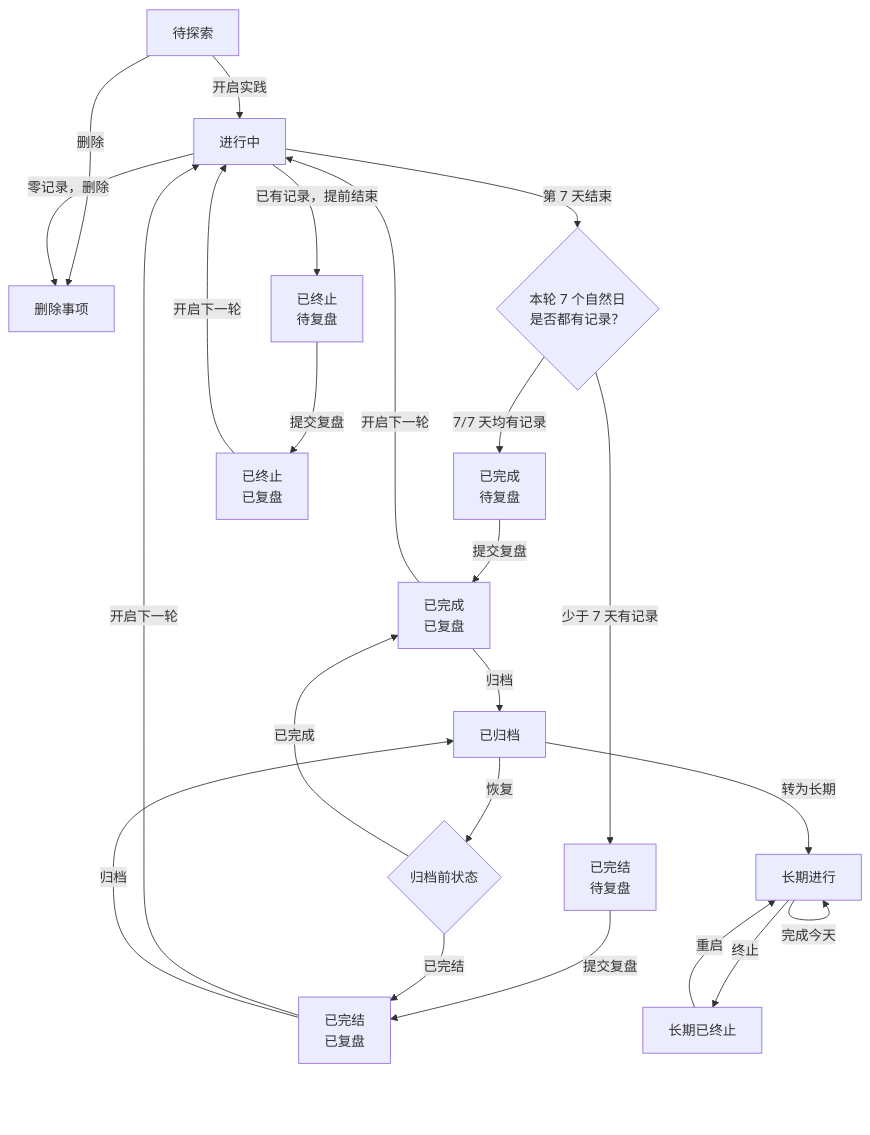
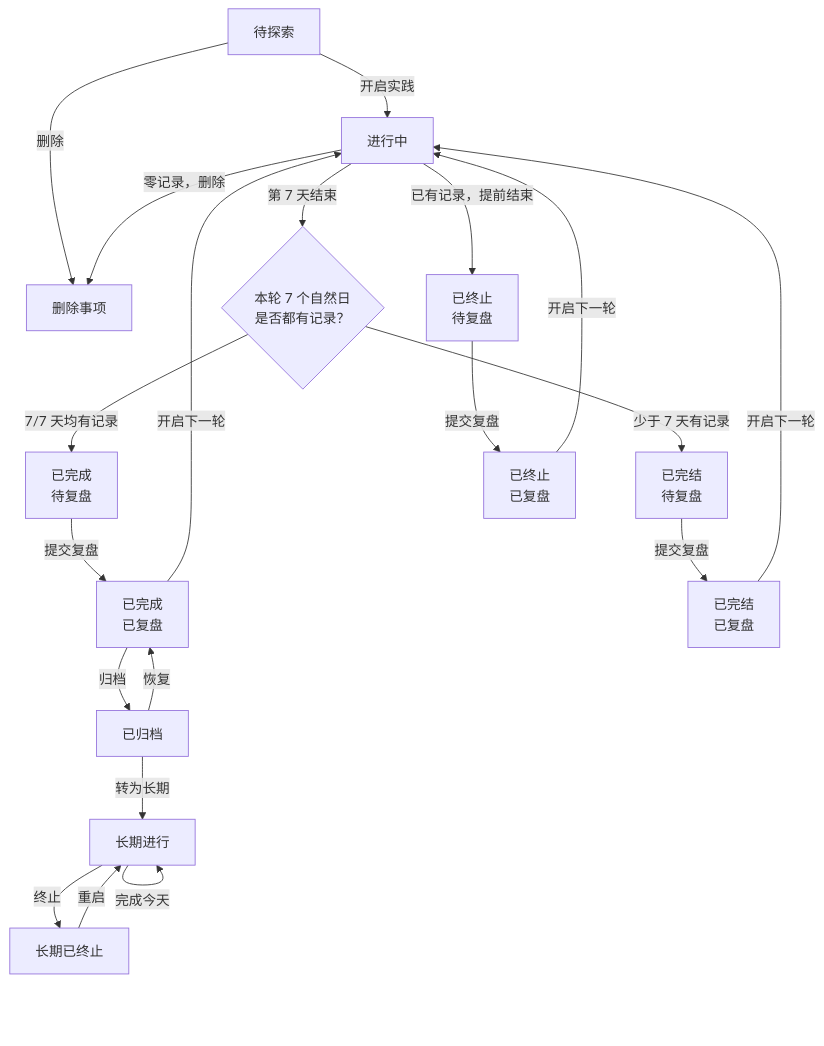
Before and after one commit to yulixia/life-lab: the diagram in docs/item-status-flow.md, drawn with Mermaid. The commit also changed other lines of this file and 21 other files, not shown here.

````diff
--- a/docs/item-status-flow.md
+++ b/docs/item-status-flow.md
@@ -5,46 +5,42 @@
 ```mermaid
 flowchart TD
   exploring["待探索"]
   active["进行中"]
   deleted["删除事项"]
   naturalEnd{"本轮 7 个自然日\n是否都有记录？"}
   terminatedPending["已终止\n待复盘"]
   completedPending["已完成\n待复盘"]
   concludedPending["已完结\n待复盘"]
   terminatedReviewed["已终止\n已复盘"]
   completedReviewed["已完成\n已复盘"]
   concludedReviewed["已完结\n已复盘"]
   archived["已归档"]
-  restoreFrom{"归档前状态"}
   longTerm["长期进行"]
   longTermTerminated["长期已终止"]
 
   exploring -->|"开启实践"| active
   exploring -->|"删除"| deleted
 
   active -->|"零记录，删除"| deleted
   active -->|"已有记录，提前结束"| terminatedPending
 
   active -->|"第 7 天结束"| naturalEnd
   naturalEnd -->|"7/7 天均有记录"| completedPending
   naturalEnd -->|"少于 7 天有记录"| concludedPending
 
   terminatedPending -->|"提交复盘"| terminatedReviewed
   completedPending -->|"提交复盘"| completedReviewed
   concludedPending -->|"提交复盘"| concludedReviewed
 
   terminatedReviewed -->|"开启下一轮"| active
   completedReviewed -->|"开启下一轮"| active
   concludedReviewed -->|"开启下一轮"| active
 
   completedReviewed -->|"归档"| archived
-  concludedReviewed -->|"归档"| archived
-  archived -->|"恢复"| restoreFrom
-  restoreFrom -->|"已完成"| completedReviewed
-  restoreFrom -->|"已完结"| concludedReviewed
+  archived -->|"恢复"| completedReviewed
   archived -->|"转为长期"| longTerm
 
   longTerm -->|"完成今天"| longTerm
   longTerm -->|"终止"| longTermTerminated
   longTermTerminated -->|"重启"| longTerm
 ```
````
